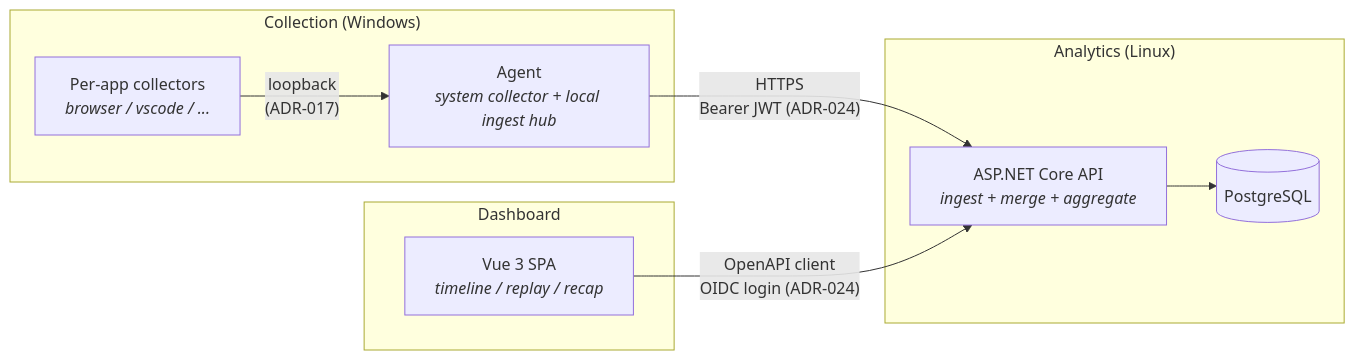
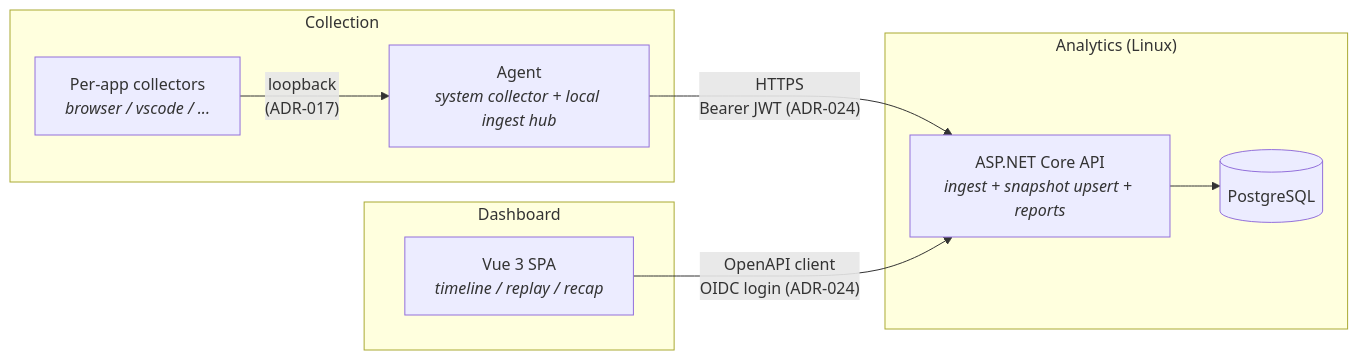
The diagram in README.md (shenxianovo/Heartbeat), drawn with Mermaid before and after one commit. The commit also changed other lines of this file and 6 other files, not shown here.

````diff
--- a/README.md
+++ b/README.md
@@ -13,21 +13,21 @@
 ```mermaid
 graph LR
-    subgraph Collection["Collection (Windows)"]
+    subgraph Collection["Collection"]
         Collectors["Per-app collectors<br/><i>browser / vscode / ...</i>"]
         Agent["Agent<br/><i>system collector + local ingest hub</i>"]
         Collectors -- "loopback<br/>(ADR-017)" --> Agent
     end
 
     subgraph Analytics["Analytics (Linux)"]
-        API["ASP.NET Core API<br/><i>ingest + merge + aggregate</i>"]
+        API["ASP.NET Core API<br/><i>ingest + snapshot upsert + reports</i>"]
         DB[("PostgreSQL")]
         API --> DB
     end
 
     subgraph Dashboard["Dashboard"]
         Web["Vue 3 SPA<br/><i>timeline / replay / recap</i>"]
     end
 
     Agent -- "HTTPS<br/>Bearer JWT (ADR-024)" --> API
     Web -- "OpenAPI client<br/>OIDC login (ADR-024)" --> API
 ```
````
